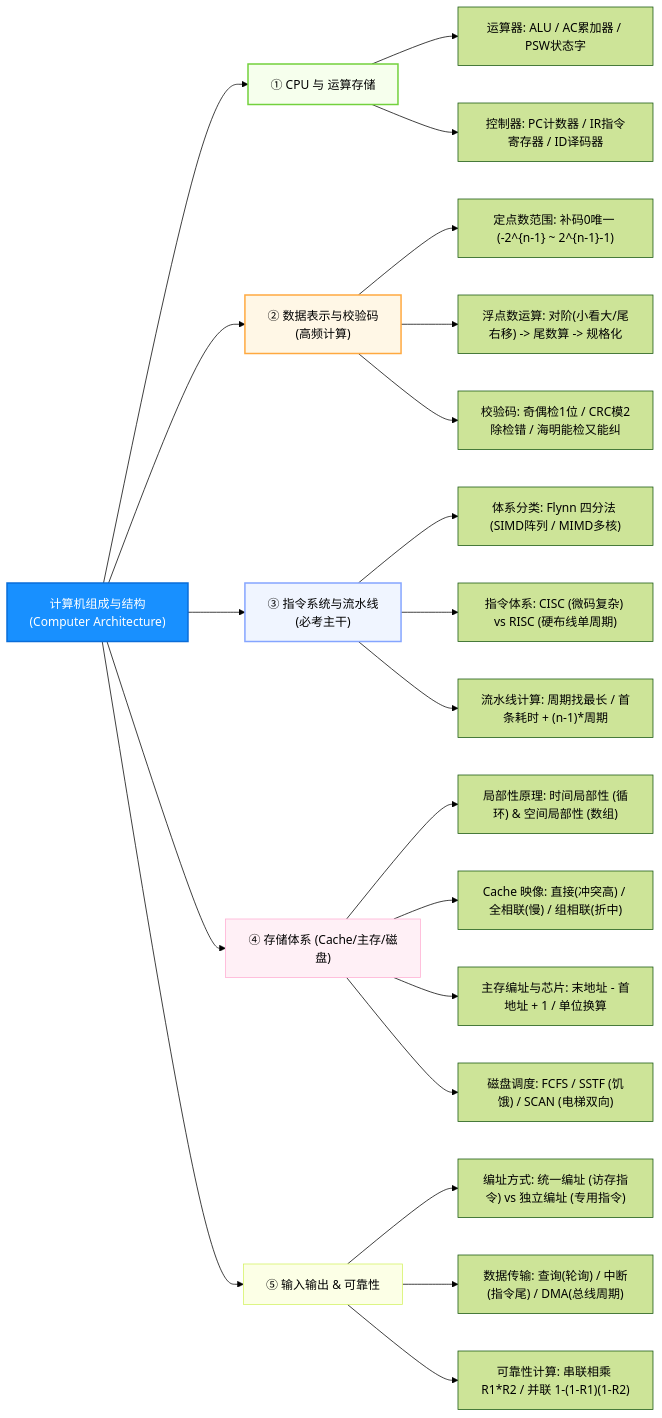
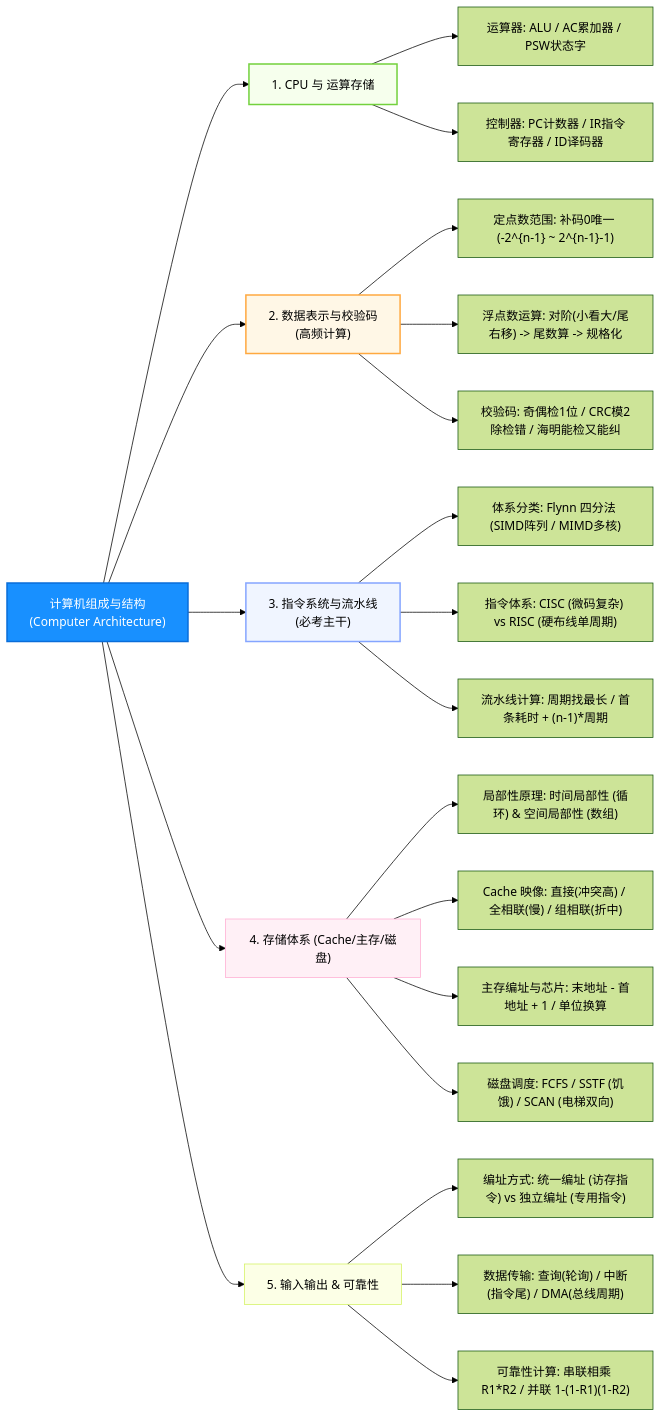
One commit to cpsa3/software-designer-fast-pass changed the first of 3 diagrams in 01-fast-pass/02.计算机组成与结构速记指南.md. Above: the diagram before and after it, drawn with Mermaid (forest theme). The commit also changed other lines of this file, not shown here.

Commit message:
refactor(architecture): replace broken Mermaid pipeline diagram with intuitive 3-step cognitive model and clean circled numbers

````diff
--- a/01-fast-pass/02.计算机组成与结构速记指南.md
+++ b/01-fast-pass/02.计算机组成与结构速记指南.md
@@ -25,44 +25,44 @@
 ```mermaid
 flowchart LR
     CA["计算机组成与结构<br>(Computer Architecture)"]
 
     %% 一级分支
-    CA --> CPU["① CPU 与 运算存储"]
-    CA --> Data["② 数据表示与校验码<br>(高频计算)"]
-    CA --> Arch["③ 指令系统与流水线<br>(必考主干)"]
-    CA --> Mem["④ 存储体系 (Cache/主存/磁盘)"]
-    CA --> IO["⑤ 输入输出 & 可靠性"]
+    CA --> CPU["1. CPU 与 运算存储"]
+    CA --> Data["2. 数据表示与校验码<br>(高频计算)"]
+    CA --> Arch["3. 指令系统与流水线<br>(必考主干)"]
+    CA --> Mem["4. 存储体系 (Cache/主存/磁盘)"]
+    CA --> IO["5. 输入输出 & 可靠性"]
 
     %% CPU 子项
     CPU --> C1["运算器: ALU / AC累加器 / PSW状态字"]
     CPU --> C2["控制器: PC计数器 / IR指令寄存器 / ID译码器"]
 
     %% 数据表示子项
     Data --> D1["定点数范围: 补码0唯一 (-2^{n-1} ~ 2^{n-1}-1)"]
     Data --> D2["浮点数运算: 对阶(小看大/尾右移) -> 尾数算 -> 规格化"]
     Data --> D3["校验码: 奇偶检1位 / CRC模2除检错 / 海明能检又能纠"]
 
     %% 指令与流水线
     Arch --> A1["体系分类: Flynn 四分法 (SIMD阵列 / MIMD多核)"]
     Arch --> A2["指令体系: CISC (微码复杂) vs RISC (硬布线单周期)"]
     Arch --> A3["流水线计算: 周期找最长 / 首条耗时 + (n-1)*周期"]
 
     %% 存储体系
     Mem --> M1["局部性原理: 时间局部性 (循环) & 空间局部性 (数组)"]
     Mem --> M2["Cache 映像: 直接(冲突高) / 全相联(慢) / 组相联(折中)"]
     Mem --> M3["主存编址与芯片: 末地址 - 首地址 + 1 / 单位换算"]
     Mem --> M4["磁盘调度: FCFS / SSTF (饥饿) / SCAN (电梯双向)"]
 
     %% IO与可靠性
     IO --> I1["编址方式: 统一编址 (访存指令) vs 独立编址 (专用指令)"]
     IO --> I2["数据传输: 查询(轮询) / 中断(指令尾) / DMA(总线周期)"]
     IO --> I3["可靠性计算: 串联相乘 R1*R2 / 并联 1-(1-R1)(1-R2)"]
 
     %% 样式美化
     style CA fill:#1890ff,stroke:#096dd9,stroke-width:2px,color:#fff
     style CPU fill:#f6ffed,stroke:#73d13d,stroke-width:2px
     style Data fill:#fff7e6,stroke:#ffa940,stroke-width:2px
     style Arch fill:#f0f5ff,stroke:#85a5ff,stroke-width:2px
     style Mem fill:#fff0f6,stroke:#ffadd2
     style IO fill:#fcffe6,stroke:#d3f261
 ```
````
